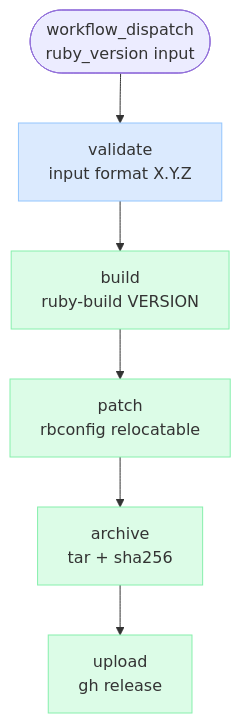
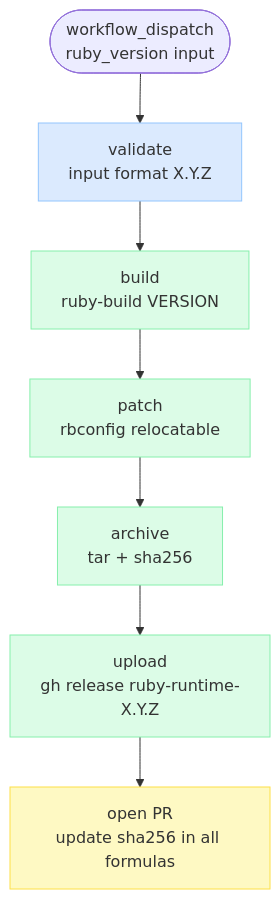
One commit to patrick204nqh/homebrew-tap changed the fifth of 5 diagrams in docs/architecture/diagrams/ci-pipelines.md. Above: the diagram before and after it, drawn with Mermaid.

Commit message:
docs: add missing open-PR step to build-ruby-runtime diagram

````diff
--- a/docs/architecture/diagrams/ci-pipelines.md
+++ b/docs/architecture/diagrams/ci-pipelines.md
@@ -89,18 +89,20 @@
 ```mermaid
 flowchart TD
     T([workflow_dispatch\nruby_version input])
 
     VALIDATE[validate\ninput format X.Y.Z]
     BUILD[build\nruby-build VERSION]
     PATCH[patch\nrbconfig relocatable]
     ARCHIVE[archive\ntar + sha256]
-    UPLOAD[upload\ngh release]
+    UPLOAD[upload\ngh release ruby-runtime-X.Y.Z]
+    PR[open PR\nupdate sha256 in all formulas]
 
-    T --> VALIDATE --> BUILD --> PATCH --> ARCHIVE --> UPLOAD
+    T --> VALIDATE --> BUILD --> PATCH --> ARCHIVE --> UPLOAD --> PR
 
     style VALIDATE fill:#dbeafe,stroke:#93c5fd
     style BUILD    fill:#dcfce7,stroke:#86efac
     style PATCH    fill:#dcfce7,stroke:#86efac
     style ARCHIVE  fill:#dcfce7,stroke:#86efac
     style UPLOAD   fill:#dcfce7,stroke:#86efac
+    style PR       fill:#fef9c3,stroke:#fde047
 ```
````
